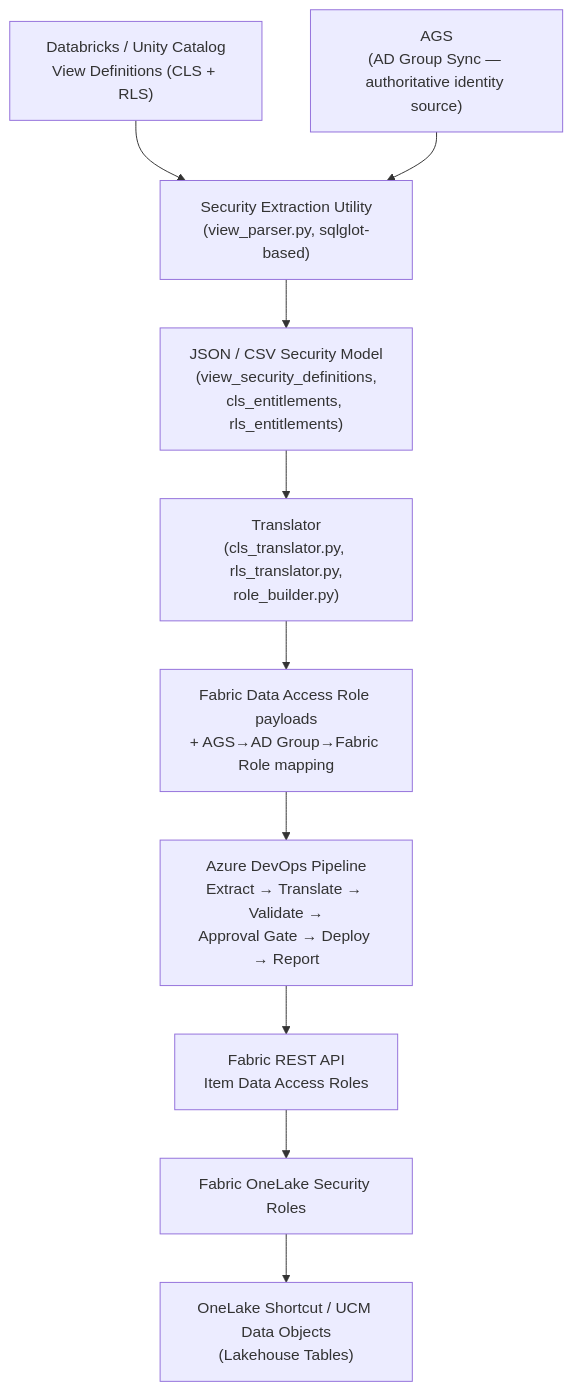
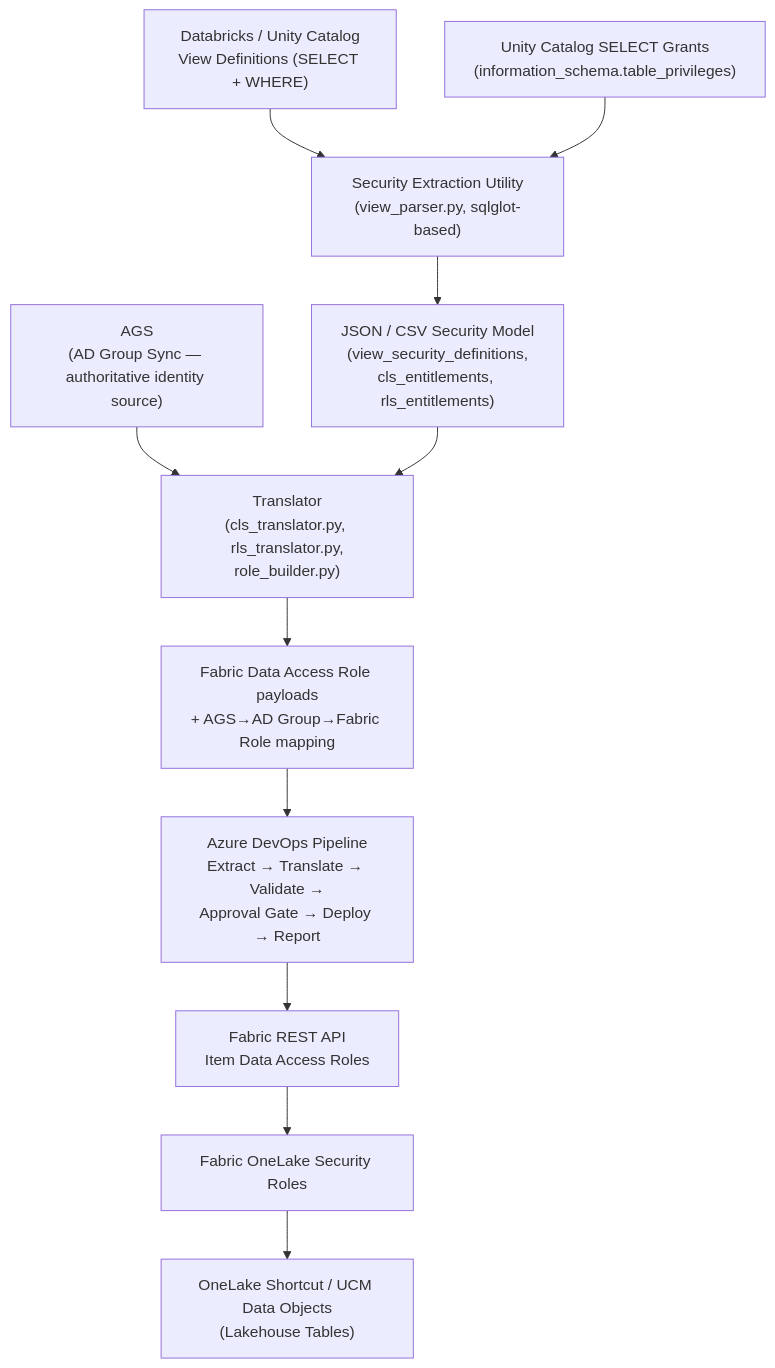
Before and after one commit to hariallaka/ADB-Fabric-Sec-Mig: the first of 3 diagrams in docs/architecture.md, drawn with Mermaid. The commit also changed other lines of this file and 28 other files, not shown here.

First line of the commit message:
Rework security model: grant-driven CLS/RLS, not SQL pattern-matching

````diff
--- a/docs/architecture.md
+++ b/docs/architecture.md
@@ -5,12 +5,13 @@
 ```mermaid
 flowchart TD
-    A["Databricks / Unity Catalog\nView Definitions (CLS + RLS)"] --> B["Security Extraction Utility\n(view_parser.py, sqlglot-based)"]
-    AGS["AGS\n(AD Group Sync — authoritative identity source)"] --> B
+    A["Databricks / Unity Catalog\nView Definitions (SELECT + WHERE)"] --> B["Security Extraction Utility\n(view_parser.py, sqlglot-based)"]
+    G0["Unity Catalog SELECT Grants\n(information_schema.table_privileges)"] --> B
+    AGS["AGS\n(AD Group Sync — authoritative identity source)"] --> D
     B --> C["JSON / CSV Security Model\n(view_security_definitions,\ncls_entitlements, rls_entitlements)"]
     C --> D["Translator\n(cls_translator.py, rls_translator.py,\nrole_builder.py)"]
     D --> E["Fabric Data Access Role payloads\n+ AGS→AD Group→Fabric Role mapping"]
     E --> F["Azure DevOps Pipeline\nExtract → Translate → Validate →\nApproval Gate → Deploy → Report"]
     F --> G["Fabric REST API\nItem Data Access Roles"]
     G --> H["Fabric OneLake Security Roles"]
     H --> I["OneLake Shortcut / UCM Data Objects\n(Lakehouse Tables)"]
 ```
````
